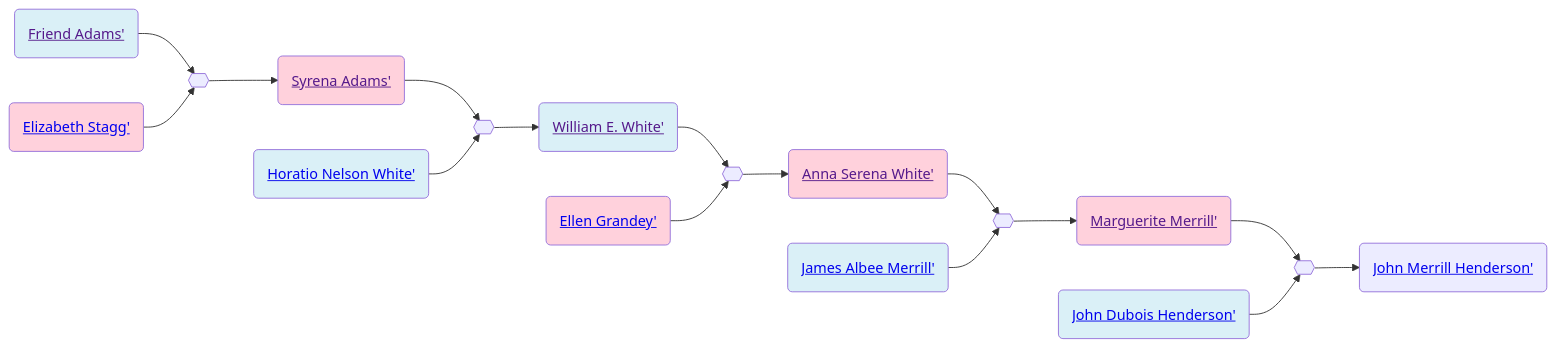
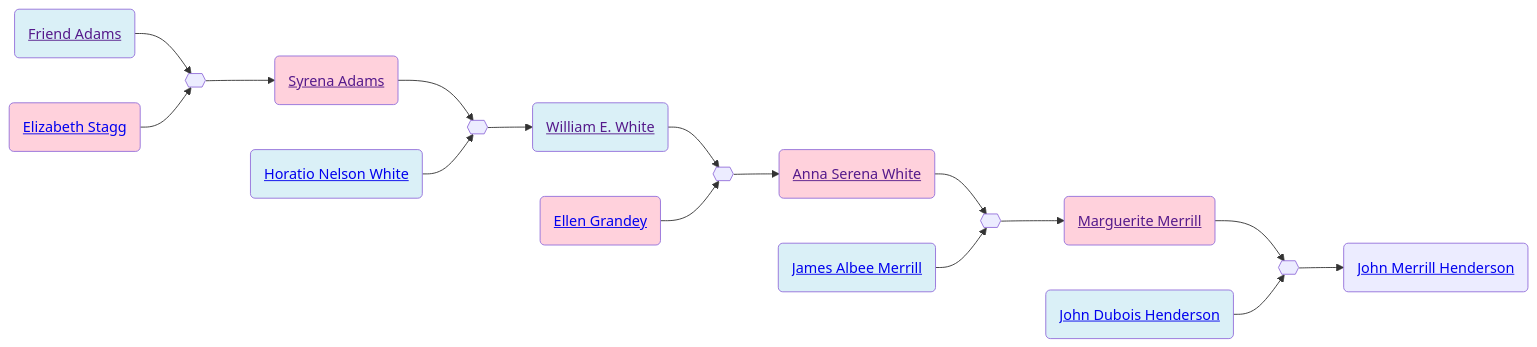
One commit to neelsmith/avocational changed the diagram in familyhistory/sources/people/Merrill-line/White-line/Friend_Adams.qmd. Above: the diagram before and after it, drawn with Mermaid. The commit also changed 96 other files, not shown here.

````diff
--- a/familyhistory/sources/people/Merrill-line/White-line/Friend_Adams.qmd
+++ b/familyhistory/sources/people/Merrill-line/White-line/Friend_Adams.qmd
@@ -26,38 +26,38 @@
 ```{mermaid}
 graph LR
 %% LR descendant diagram
 class Friend_Adams_and_Elizabeth_Stagg marriage
-Friend_Adams(<a href=''>Friend Adams'</>) --> Friend_Adams_and_Elizabeth_Stagg{{ }}
-Elizabeth_Stagg(<a href='./Elizabeth_Stagg.html'>Elizabeth Stagg'</>) --> Friend_Adams_and_Elizabeth_Stagg{{ }}
+Friend_Adams(<a href=''>Friend Adams</a>) --> Friend_Adams_and_Elizabeth_Stagg{{ }}
+Elizabeth_Stagg(<a href='./Elizabeth_Stagg.html'>Elizabeth Stagg</a>) --> Friend_Adams_and_Elizabeth_Stagg{{ }}
 class Friend_Adams father
 class Elizabeth_Stagg mother
-Friend_Adams_and_Elizabeth_Stagg{{ }} --> Syrena_Adams(<a href='./Syrena_Adams.html'>Syrena Adams'</>)
+Friend_Adams_and_Elizabeth_Stagg{{ }} --> Syrena_Adams(<a href='./Syrena_Adams.html'>Syrena Adams</a>)
 class Syrena_Adams_and_Horatio_Nelson_White marriage
-Syrena_Adams(<a href=''>Syrena Adams'</>) --> Syrena_Adams_and_Horatio_Nelson_White{{ }}
-Horatio_Nelson_White(<a href='./Horatio_Nelson_White.html'>Horatio Nelson White'</>) --> Syrena_Adams_and_Horatio_Nelson_White{{ }}
+Syrena_Adams(<a href=''>Syrena Adams</a>) --> Syrena_Adams_and_Horatio_Nelson_White{{ }}
+Horatio_Nelson_White(<a href='./Horatio_Nelson_White.html'>Horatio Nelson White</a>) --> Syrena_Adams_and_Horatio_Nelson_White{{ }}
 class Horatio_Nelson_White father
 class Syrena_Adams mother
-Syrena_Adams_and_Horatio_Nelson_White{{ }} --> William_E._White(<a href='./William_E._White.html'>William E. White'</>)
+Syrena_Adams_and_Horatio_Nelson_White{{ }} --> William_E._White(<a href='./William_E._White.html'>William E. White</a>)
 class William_E._White_and_Ellen_Grandey marriage
-William_E._White(<a href=''>William E. White'</>) --> William_E._White_and_Ellen_Grandey{{ }}
-Ellen_Grandey(<a href='./../Grandey-line/Ellen_Grandey.html'>Ellen Grandey'</>) --> William_E._White_and_Ellen_Grandey{{ }}
+William_E._White(<a href=''>William E. White</a>) --> William_E._White_and_Ellen_Grandey{{ }}
+Ellen_Grandey(<a href='./../Grandey-line/Ellen_Grandey.html'>Ellen Grandey</a>) --> William_E._White_and_Ellen_Grandey{{ }}
 class William_E._White father
 class Ellen_Grandey mother
-William_E._White_and_Ellen_Grandey{{ }} --> Anna_Serena_White(<a href='./Anna_Serena_White.html'>Anna Serena White'</>)
+William_E._White_and_Ellen_Grandey{{ }} --> Anna_Serena_White(<a href='./Anna_Serena_White.html'>Anna Serena White</a>)
 class Anna_Serena_White_and_James_Albee_Merrill marriage
-Anna_Serena_White(<a href=''>Anna Serena White'</>) --> Anna_Serena_White_and_James_Albee_Merrill{{ }}
-James_Albee_Merrill(<a href='./../James_Albee_Merrill.html'>James Albee Merrill'</>) --> Anna_Serena_White_and_James_Albee_Merrill{{ }}
+Anna_Serena_White(<a href=''>Anna Serena White</a>) --> Anna_Serena_White_and_James_Albee_Merrill{{ }}
+James_Albee_Merrill(<a href='./../James_Albee_Merrill.html'>James Albee Merrill</a>) --> Anna_Serena_White_and_James_Albee_Merrill{{ }}
 class James_Albee_Merrill father
 class Anna_Serena_White mother
-Anna_Serena_White_and_James_Albee_Merrill{{ }} --> Marguerite_Merrill(<a href='./../Marguerite_Merrill.html'>Marguerite Merrill'</>)
+Anna_Serena_White_and_James_Albee_Merrill{{ }} --> Marguerite_Merrill(<a href='./../Marguerite_Merrill.html'>Marguerite Merrill</a>)
 class Marguerite_Merrill_and_John_Dubois_Henderson marriage
-Marguerite_Merrill(<a href=''>Marguerite Merrill'</>) --> Marguerite_Merrill_and_John_Dubois_Henderson{{ }}
-John_Dubois_Henderson(<a href='./../Henderson-line/John_Dubois_Henderson.html'>John Dubois Henderson'</>) --> Marguerite_Merrill_and_John_Dubois_Henderson{{ }}
+Marguerite_Merrill(<a href=''>Marguerite Merrill</a>) --> Marguerite_Merrill_and_John_Dubois_Henderson{{ }}
+John_Dubois_Henderson(<a href='./../Henderson-line/John_Dubois_Henderson.html'>John Dubois Henderson</a>) --> Marguerite_Merrill_and_John_Dubois_Henderson{{ }}
 class John_Dubois_Henderson father
 class Marguerite_Merrill mother
-Marguerite_Merrill_and_John_Dubois_Henderson{{ }} --> John_Merrill_Henderson(<a href='./../Henderson-line/John_Merrill_Henderson.html'>John Merrill Henderson'</>)
+Marguerite_Merrill_and_John_Dubois_Henderson{{ }} --> John_Merrill_Henderson(<a href='./../Henderson-line/John_Merrill_Henderson.html'>John Merrill Henderson</a>)
 classDef mother fill:#ffd1dc
 classDef father fill:#daf0f7  
 classDef marriage fill:#ffffff
 
 ```
````
